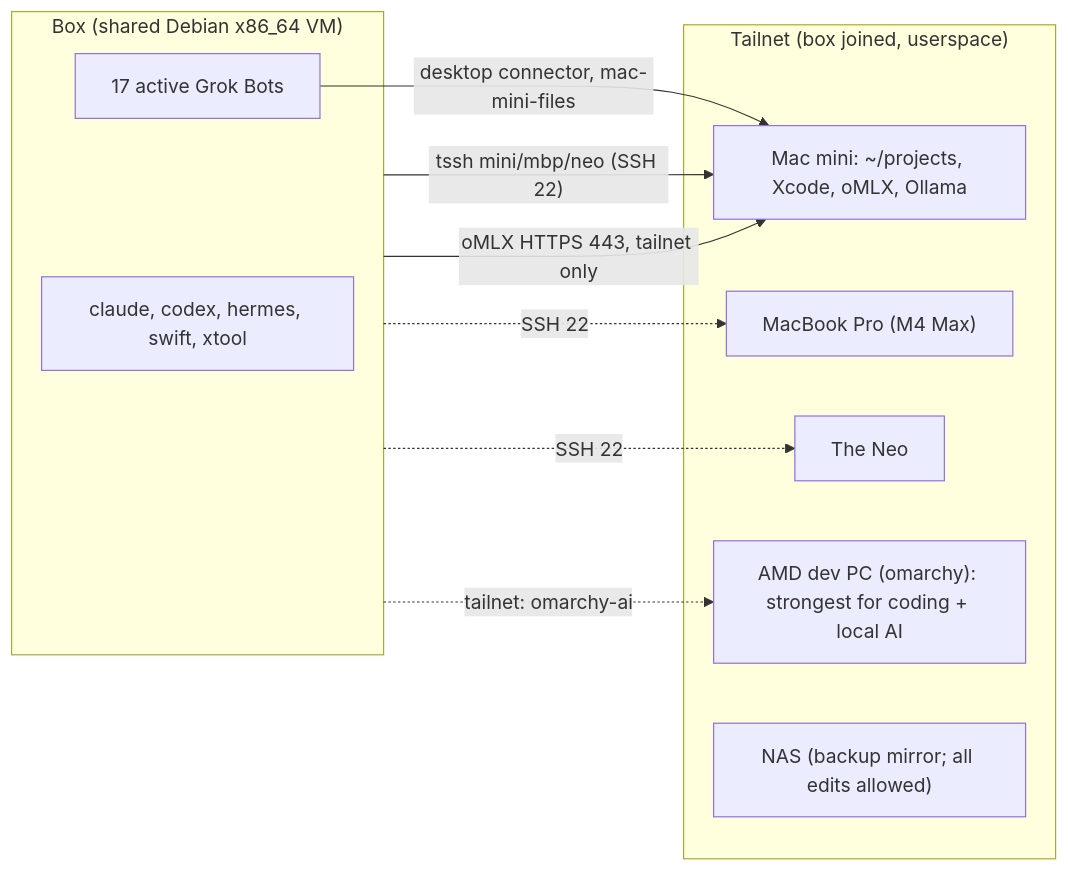
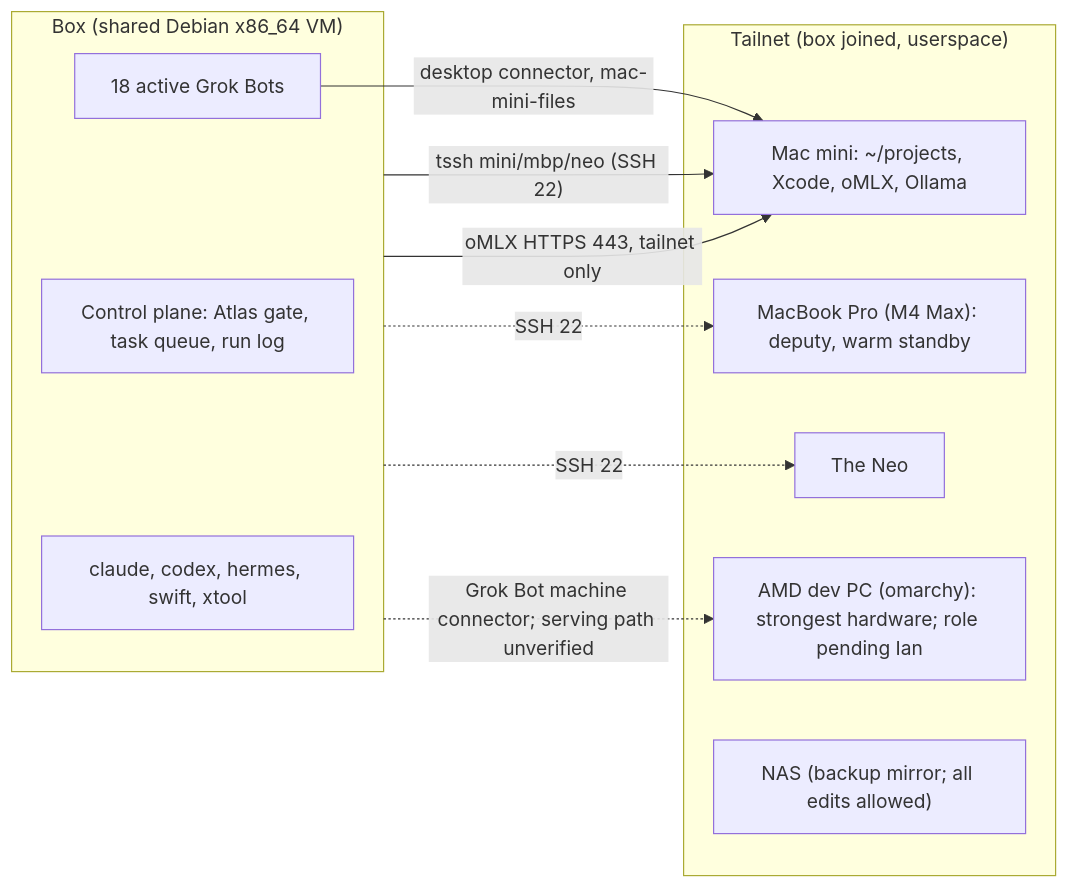
One commit to itrimble/grokbot-wiki changed the diagram in assets/diagrams/diagram-1-machines.mmd. Above: the diagram before and after it, drawn with Mermaid. The commit also changed 31 other files, not shown here.

First line of the commit message:
Publish diagram 3 and diagrams-pro on Architecture page

```diff
--- a/assets/diagrams/diagram-1-machines.mmd
+++ b/assets/diagrams/diagram-1-machines.mmd
@@ -1,18 +1,19 @@
 flowchart LR
   subgraph Box["Box (shared Debian x86_64 VM)"]
-    Bots["17 active Grok Bots"]
+    Bots["18 active Grok Bots"]
+    CP["Control plane: Atlas gate, task queue, run log"]
     CLIs["claude, codex, hermes, swift, xtool"]
   end
   subgraph Tailnet["Tailnet (box joined, userspace)"]
     Mini["Mac mini: ~/projects, Xcode, oMLX, Ollama"]
-    MBP["MacBook Pro (M4 Max)"]
+    MBP["MacBook Pro (M4 Max): deputy, warm standby"]
     Neo["The Neo"]
-    Omarchy["AMD dev PC (omarchy): strongest for coding + local AI"]
+    Omarchy["AMD dev PC (omarchy): strongest hardware; role pending Ian"]
     NAS["NAS (backup mirror; all edits allowed)"]
   end
   Box -- "tssh mini/mbp/neo (SSH 22)" --> Mini
   Box -- "oMLX HTTPS 443, tailnet only" --> Mini
   Box -. "SSH 22" .-> MBP
   Box -. "SSH 22" .-> Neo
-  Box -. "tailnet: omarchy-ai" .-> Omarchy
+  Box -. "Grok Bot machine connector; serving path unverified" .-> Omarchy
   Bots -- "desktop connector, mac-mini-files" --> Mini
```
